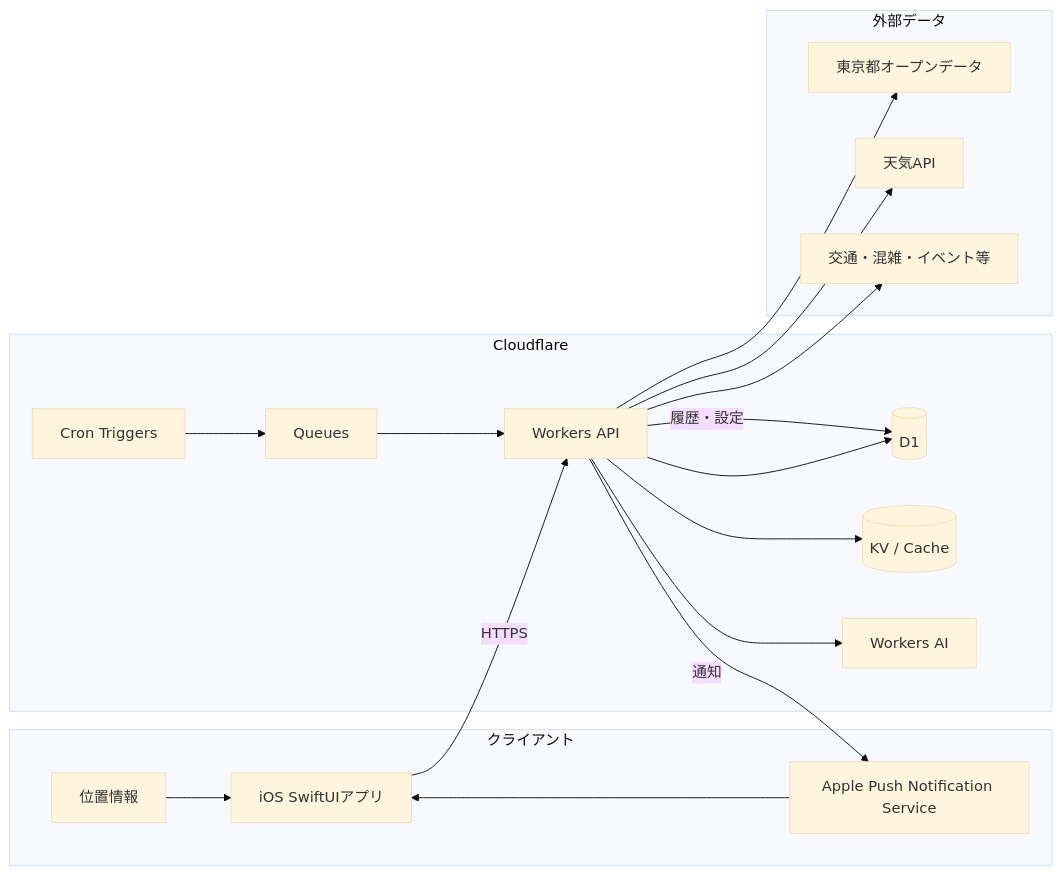
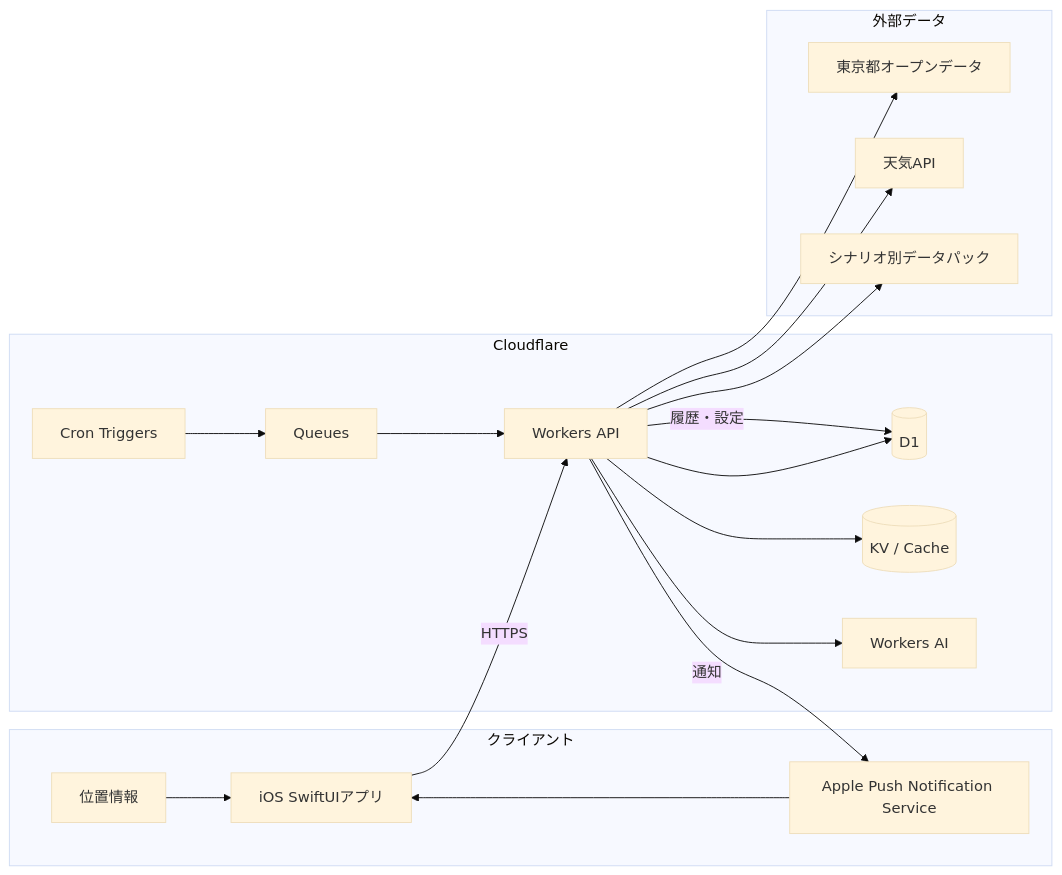
The first of 2 diagrams in basic_design.md (tokyo-plus/tokyo-plus-spec), drawn with Mermaid (base theme) before and after one commit. The commit also changed other lines of this file and 2 other files, not shown here.

````diff
--- a/basic_design.md
+++ b/basic_design.md
@@ -53,37 +53,37 @@
 ```mermaid
 flowchart LR
   subgraph Client[クライアント]
     App[iOS SwiftUIアプリ]
     Location[位置情報]
     APNs[Apple Push Notification Service]
   end
 
   subgraph Cloudflare[Cloudflare]
     API[Workers API]
     Cron[Cron Triggers]
     Queue[Queues]
     D1[(D1)]
     KV[(KV / Cache)]
     AI[Workers AI]
   end
 
   subgraph Sources[外部データ]
     Tokyo[東京都オープンデータ]
     Weather[天気API]
-    Optional[交通・混雑・イベント等]
+    Optional[シナリオ別データパック]
   end
 
   App -->|HTTPS| API
   Location --> App
   API --> D1
   API --> KV
   Cron --> Queue
   Queue --> API
   API --> Tokyo
   API --> Weather
   API --> Optional
   API --> AI
   API -->|履歴・設定| D1
   API -->|通知| APNs
   APNs --> App
 ```
````
